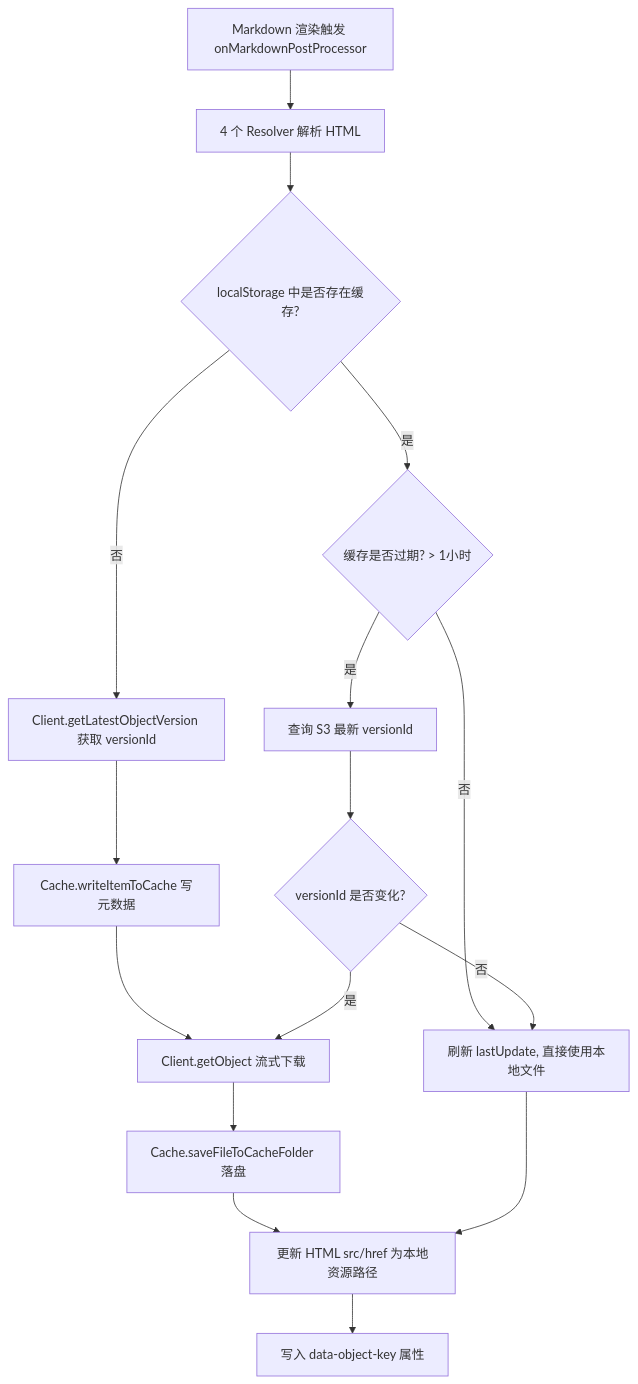
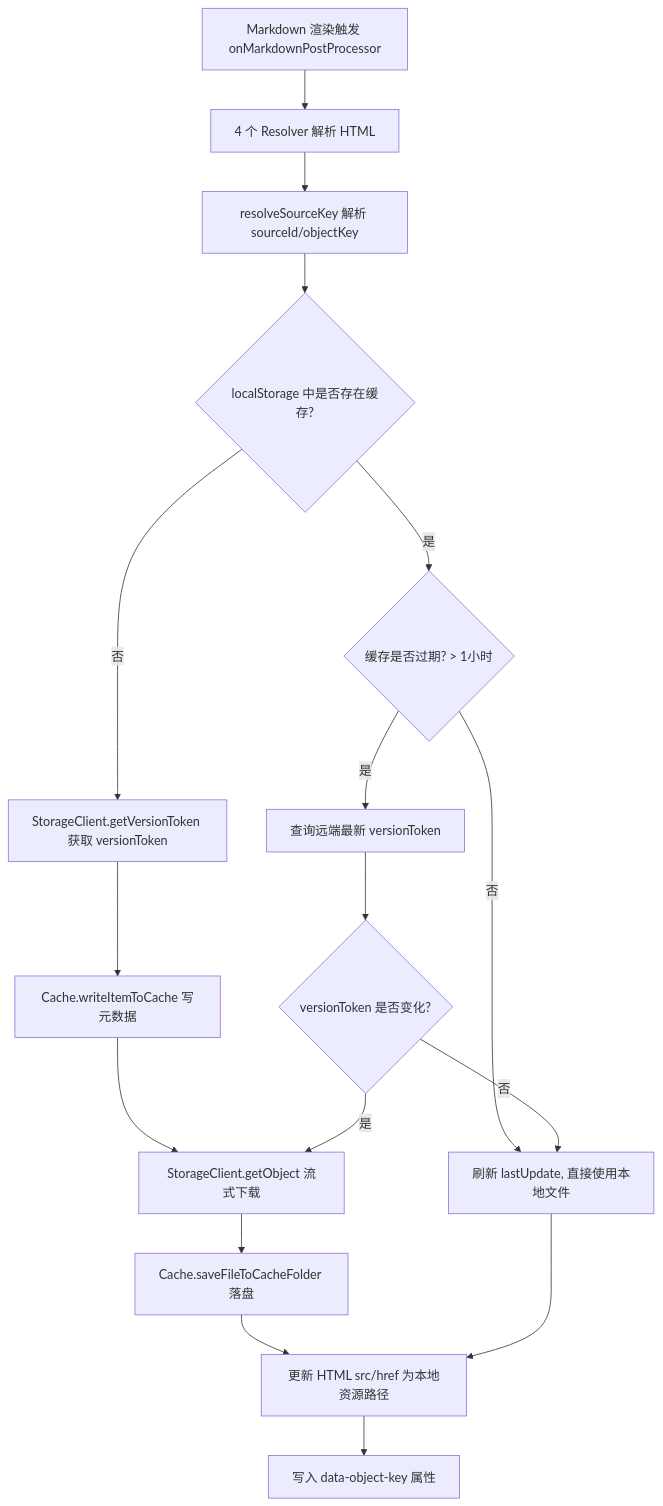
One commit to gavinzmq/obsidian-plugin-s3-link changed the first of 4 diagrams in .arcmesh/system-repo/architecture.md. Above: the diagram before and after it, drawn with Mermaid. The commit also changed other lines of this file and 29 other files, not shown here.

````diff
--- a/.arcmesh/system-repo/architecture.md
+++ b/.arcmesh/system-repo/architecture.md
@@ -207,18 +189,19 @@
 ```mermaid
 flowchart TD
     A[Markdown 渲染触发 onMarkdownPostProcessor] --> B[4 个 Resolver 解析 HTML]
-    B --> C{localStorage 中是否存在缓存?}
-    C -- 否 --> D[Client.getLatestObjectVersion 获取 versionId]
-    D --> E[Cache.writeItemToCache 写元数据]
-    E --> F[Client.getObject 流式下载]
-    F --> G[Cache.saveFileToCacheFolder 落盘]
-    G --> H[更新 HTML src/href 为本地资源路径]
-    C -- 是 --> I{缓存是否过期? > 1小时}
-    I -- 否 --> J[刷新 lastUpdate, 直接使用本地文件]
-    I -- 是 --> K[查询 S3 最新 versionId]
-    K --> L{versionId 是否变化?}
-    L -- 是 --> F
-    L -- 否 --> J
-    J --> H
-    H --> M[写入 data-object-key 属性]
+    B --> C[resolveSourceKey 解析 sourceId/objectKey]
+    C --> D{localStorage 中是否存在缓存?}
+    D -- 否 --> E[StorageClient.getVersionToken 获取 versionToken]
+    E --> F[Cache.writeItemToCache 写元数据]
+    F --> G[StorageClient.getObject 流式下载]
+    G --> H[Cache.saveFileToCacheFolder 落盘]
+    H --> I[更新 HTML src/href 为本地资源路径]
+    D -- 是 --> J{缓存是否过期? > 1小时}
+    J -- 否 --> K[刷新 lastUpdate, 直接使用本地文件]
+    J -- 是 --> L[查询远端最新 versionToken]
+    L --> M{versionToken 是否变化?}
+    M -- 是 --> G
+    M -- 否 --> K
+    K --> I
+    I --> N[写入 data-object-key 属性]
 ```
````
